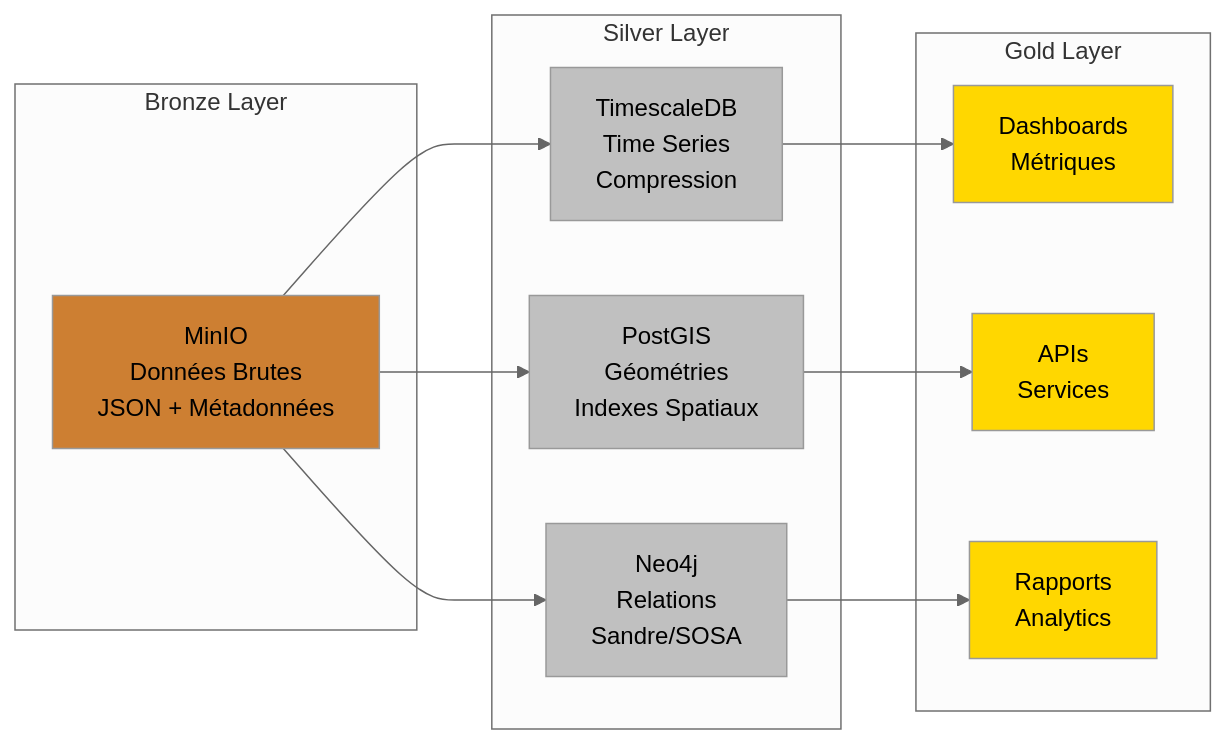
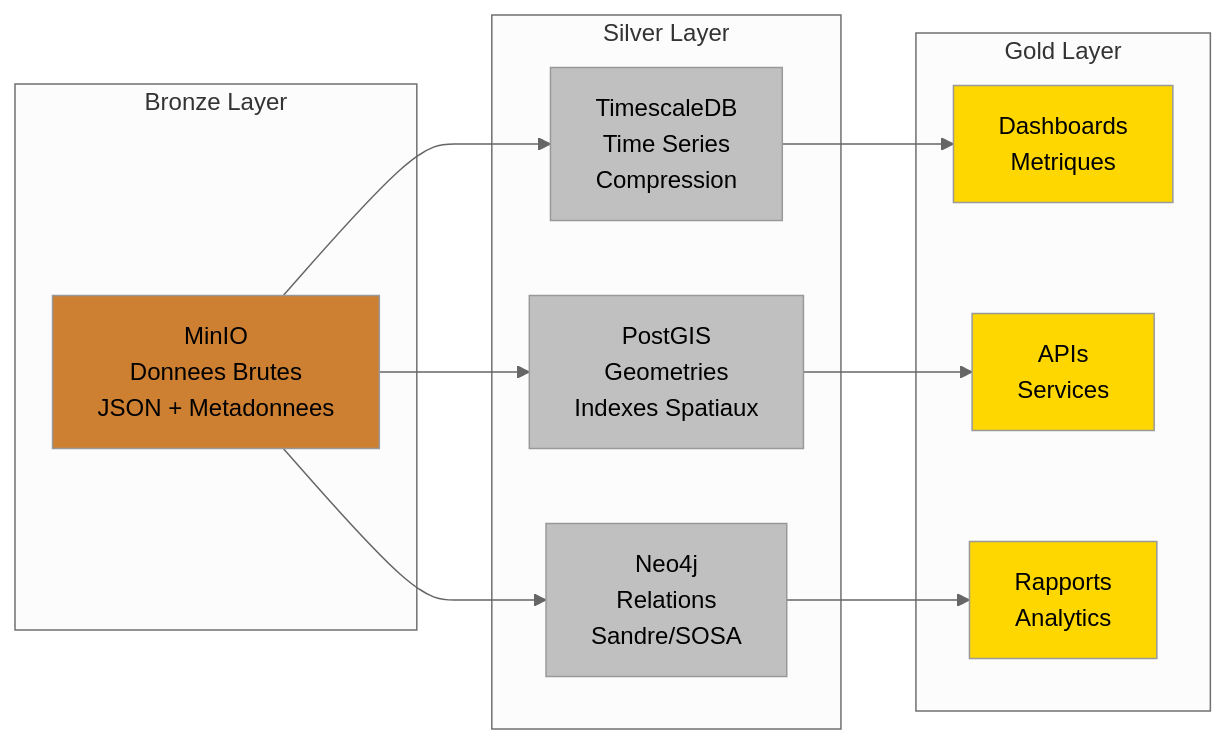
Before and after one commit to xairon/hubeau_data_integration: the second of 4 diagrams in docs/ARCHITECTURE_MODERNE.md, drawn with Mermaid (neutral theme). The commit also changed other lines of this file, not shown here.

First line of the commit message:
fix: Correction syntaxe diagrammes Mermaid ARCHITECTURE_MODERNE.md

````diff
--- a/docs/ARCHITECTURE_MODERNE.md
+++ b/docs/ARCHITECTURE_MODERNE.md
@@ -94,34 +94,34 @@
 ```mermaid
 graph LR
-    subgraph "Bronze Layer"
-        BRONZE[MinIO<br/>Données Brutes<br/>JSON + Métadonnées]
+    subgraph Bronze["Bronze Layer"]
+        BRONZE["MinIO<br/>Donnees Brutes<br/>JSON + Metadonnees"]
     end
     
-    subgraph "Silver Layer"
-        SILVER1[TimescaleDB<br/>Time Series<br/>Compression]
-        SILVER2[PostGIS<br/>Géométries<br/>Indexes Spatiaux]
-        SILVER3[Neo4j<br/>Relations<br/>Sandre/SOSA]
+    subgraph Silver["Silver Layer"]
+        SILVER1["TimescaleDB<br/>Time Series<br/>Compression"]
+        SILVER2["PostGIS<br/>Geometries<br/>Indexes Spatiaux"]
+        SILVER3["Neo4j<br/>Relations<br/>Sandre/SOSA"]
     end
     
-    subgraph "Gold Layer"
-        GOLD1[Dashboards<br/>Métriques]
-        GOLD2[APIs<br/>Services]
-        GOLD3[Rapports<br/>Analytics]
+    subgraph Gold["Gold Layer"]
+        GOLD1["Dashboards<br/>Metriques"]
+        GOLD2["APIs<br/>Services"]
+        GOLD3["Rapports<br/>Analytics"]
     end
     
     BRONZE --> SILVER1
     BRONZE --> SILVER2
     BRONZE --> SILVER3
     
     SILVER1 --> GOLD1
     SILVER2 --> GOLD2
     SILVER3 --> GOLD3
     
     style BRONZE fill:#cd7f32
     style SILVER1 fill:#c0c0c0
     style SILVER2 fill:#c0c0c0
     style SILVER3 fill:#c0c0c0
     style GOLD1 fill:#ffd700
     style GOLD2 fill:#ffd700
     style GOLD3 fill:#ffd700
 ```
````
